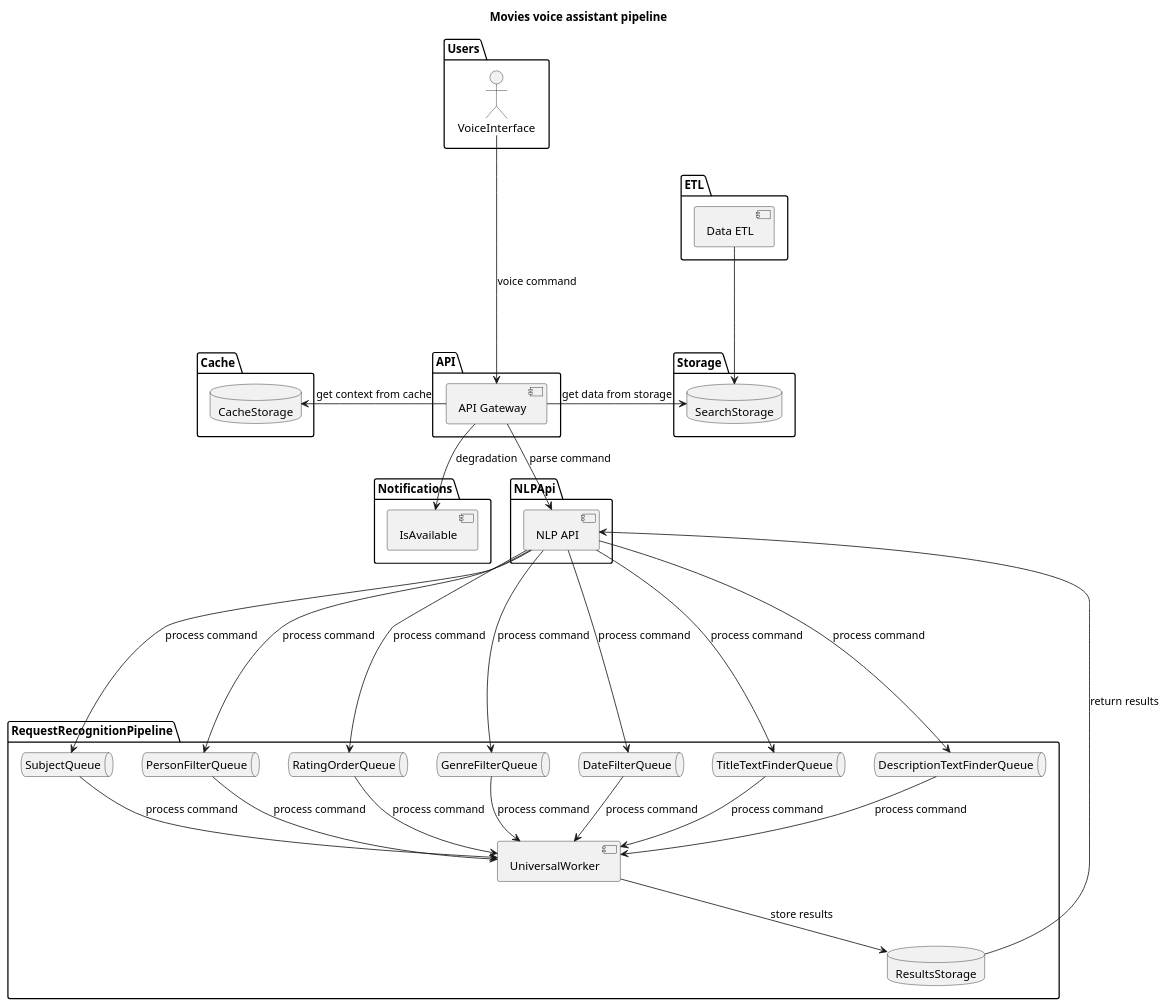
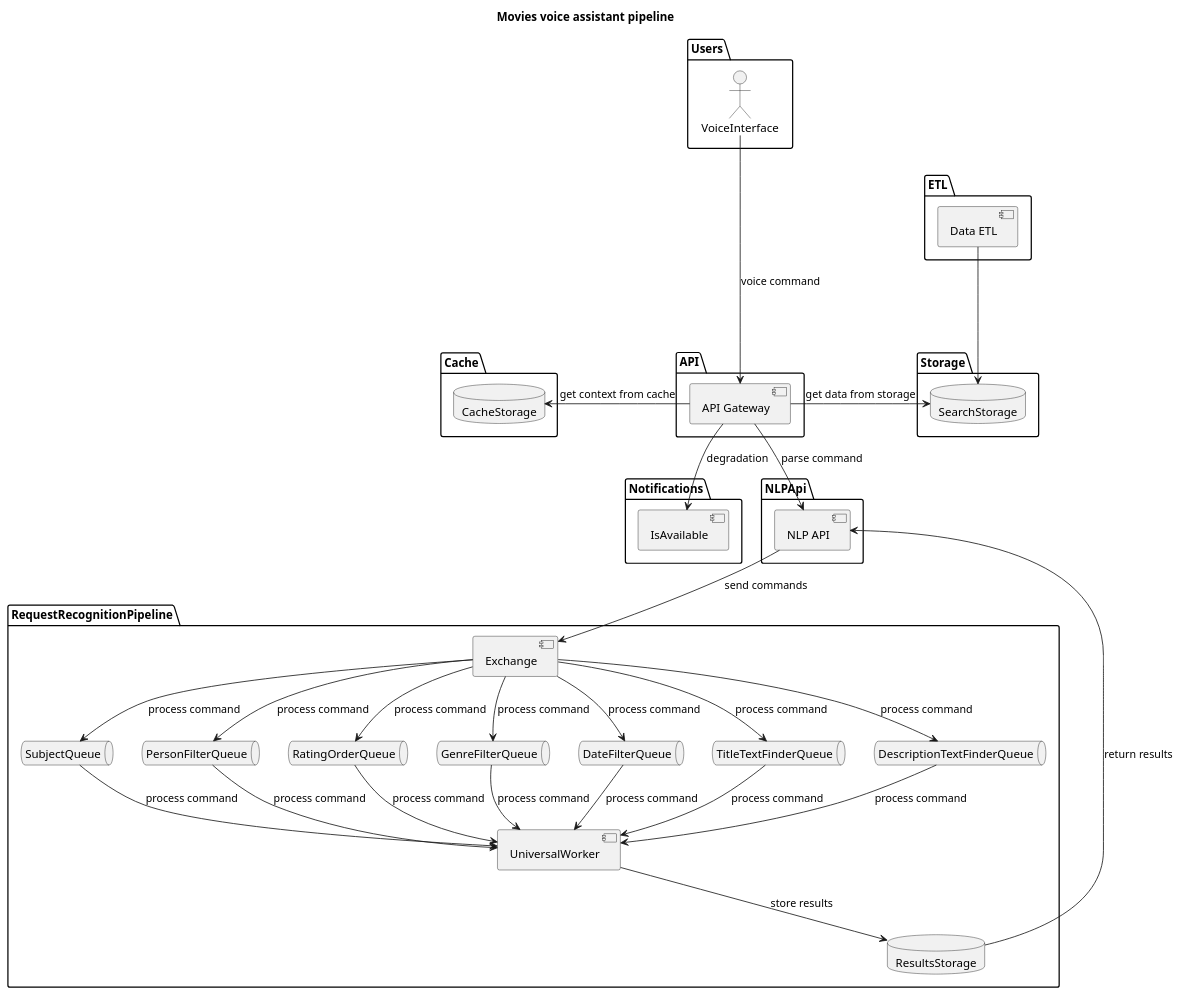
Before and after one commit to artwist-polyakov/voice_assistant_midpy: the diagram in docs/s2-project.puml, drawn with PlantUML. The commit also changed 1 other file, not shown here.

Commit message:
обновляет схему

```diff
--- a/docs/s2-project.puml
+++ b/docs/s2-project.puml
@@ -1,75 +1,77 @@
 @startuml
 
 title
 <b>Movies voice assistant pipeline</b>
 end title
 
 package Users {
     actor VoiceInterface
 
 }
 
 package ETL {
     [Data ETL]
 }
 
 package API {
     [API Gateway]
 }
 
 package Storage {
    database SearchStorage
 }
 
 package Cache {
     database CacheStorage
 }
 
 package  Notifications {
     [IsAvailable]
 }
 
 package NLPApi {
     [NLP API]
 }
 
 package RequestRecognitionPipeline {
+    [Exchange]
     queue SubjectQueue
     queue PersonFilterQueue
     queue RatingOrderQueue
     queue GenreFilterQueue
     queue DateFilterQueue
     queue TitleTextFinderQueue
     queue DescriptionTextFinderQueue
     database ResultsStorage
     [UniversalWorker]
 }
 
 VoiceInterface --down--> [API Gateway] : voice command
 [API Gateway] --> [NLP API] : parse command
-[NLP API] --down--> SubjectQueue : process command
-[NLP API] --down-->  PersonFilterQueue : process command
-[NLP API] --down-->  RatingOrderQueue : process command
-[NLP API] --down-->  GenreFilterQueue : process command
-[NLP API] --down--> DateFilterQueue : process command
-[NLP API] --down-->  TitleTextFinderQueue : process command
-[NLP API] --down-->  DescriptionTextFinderQueue : process command
+[NLP API] -down-> [Exchange] : send commands
+[Exchange] --> SubjectQueue : process command
+[Exchange] -->  PersonFilterQueue : process command
+[Exchange] -->  RatingOrderQueue : process command
+[Exchange] -->  GenreFilterQueue : process command
+[Exchange] --> DateFilterQueue : process command
+[Exchange] -->  TitleTextFinderQueue : process command
+[Exchange] -->  DescriptionTextFinderQueue : process command
 SubjectQueue --> [UniversalWorker] : process command
 PersonFilterQueue --> [UniversalWorker] : process command
 RatingOrderQueue --> [UniversalWorker] : process command
 GenreFilterQueue --> [UniversalWorker] : process command
 DateFilterQueue --> [UniversalWorker] : process command
 TitleTextFinderQueue --> [UniversalWorker] : process command
 DescriptionTextFinderQueue --> [UniversalWorker]: process command
 [UniversalWorker] --> ResultsStorage : store results
 ResultsStorage -up-> [NLP API] : return results
 
 [API Gateway] -left-> CacheStorage : get context from cache
 
 [API Gateway] -right-> SearchStorage : get data from storage
 
 [Data ETL]  --down-> SearchStorage
 
 [API Gateway] --> [IsAvailable] : degradation
 
 @enduml
```
